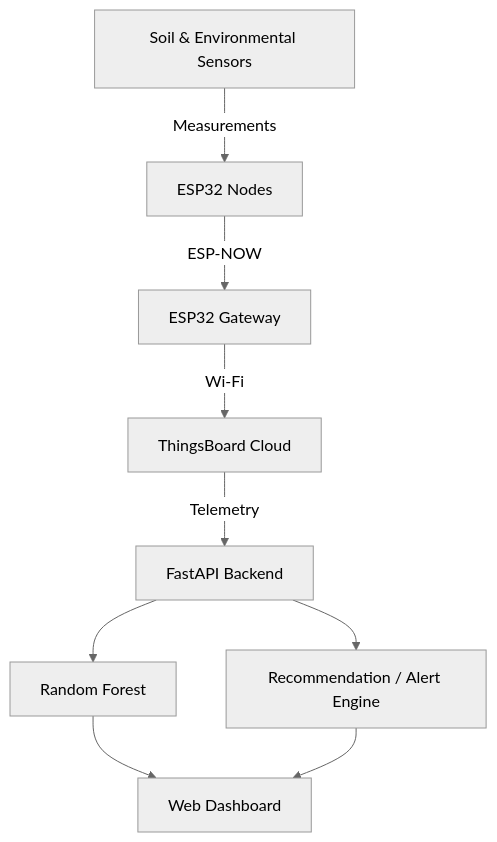
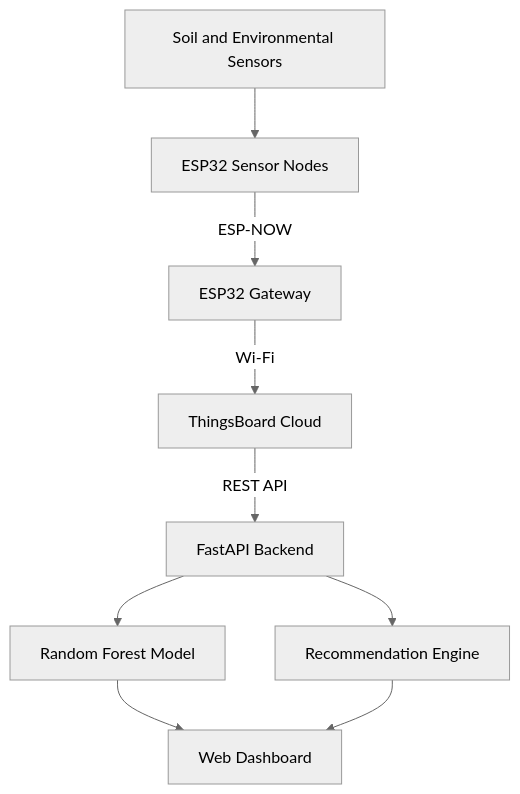
The fourth of 13 diagrams in README.md (Umar-Jahangir/Smart-Soil-Fertility-Monitoring-and-Recommendation-System-Using-IoT-and-AI), drawn with Mermaid (neutral theme) before and after one commit. The commit also changed other lines of this file, not shown here.

````diff
--- a/README.md
+++ b/README.md
@@ -203,20 +246,20 @@
-```mermaid
-flowchart TB
-    S["Soil & Environmental Sensors"]
-    N["ESP32 Nodes"]
+``` mermaid
+flowchart TD
+    S["Soil and Environmental Sensors"]
+    N["ESP32 Sensor Nodes"]
     G["ESP32 Gateway"]
     T["ThingsBoard Cloud"]
     F["FastAPI Backend"]
-    ML["Random Forest"]
-    R["Recommendation / Alert Engine"]
+    ML["Random Forest Model"]
+    R["Recommendation Engine"]
     D["Web Dashboard"]
 
-    S -->|"Measurements"| N
+    S --> N
     N -->|"ESP-NOW"| G
     G -->|"Wi-Fi"| T
-    T -->|"Telemetry"| F
+    T -->|"REST API"| F
     F --> ML
     F --> R
     ML --> D
     R --> D
 ```
````
